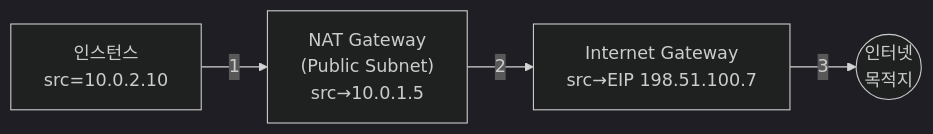
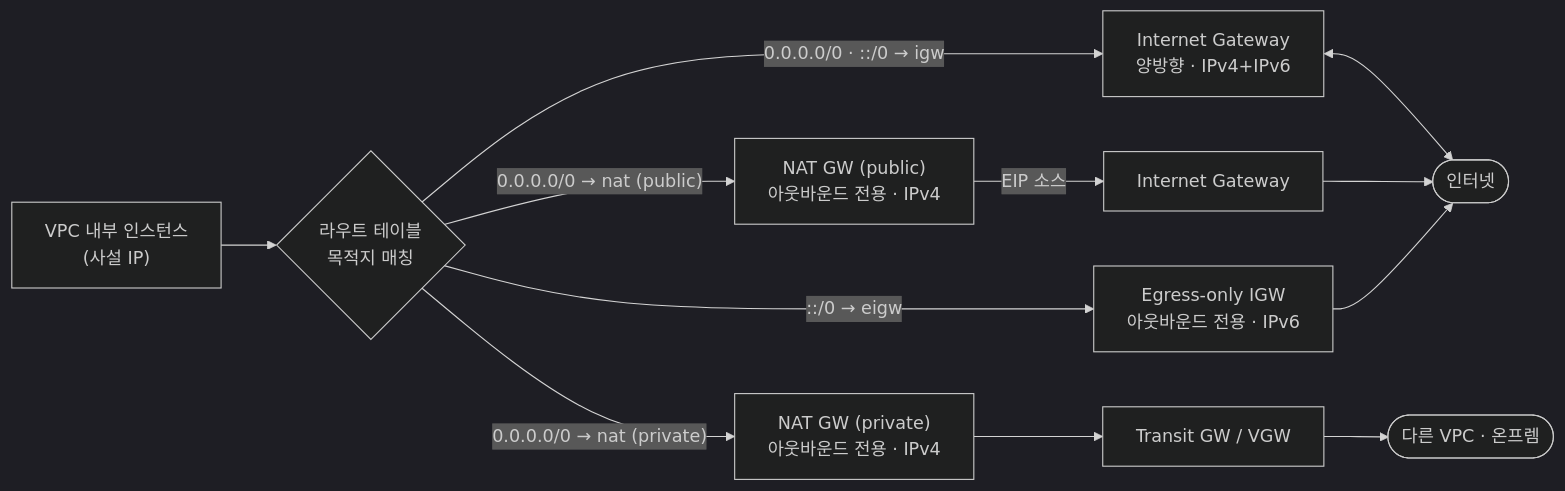
The first of 4 diagrams in _posts/2026-06-28-aws-vpc-2.md (hongjeZZ/hongjeZZ.github.io), drawn with Mermaid (dark theme) before and after one commit. The commit also changed other lines of this file, not shown here.

First line of the commit message:
refactor(post): AWS VPC 2편 난이도 계단 적용 (§2.5) (#20)

````diff
--- a/_posts/2026-06-28-aws-vpc-2.md
+++ b/_posts/2026-06-28-aws-vpc-2.md
@@ -150,6 +51,14 @@
 ```mermaid
 flowchart LR
-    I["인스턴스<br/>src=10.0.2.10"] -->|1| N["NAT Gateway<br/>(Public Subnet)<br/>src→10.0.1.5"]
-    N -->|2| G["Internet Gateway<br/>src→EIP 198.51.100.7"]
-    G -->|3| D(("인터넷<br/>목적지"))
+    INST["VPC 내부 인스턴스<br/>(사설 IP)"] --> RT{"라우트 테이블<br/>목적지 매칭"}
+
+    RT -->|"0.0.0.0/0 · ::/0 → igw"| IGW["Internet Gateway<br/>양방향 · IPv4+IPv6"]
+    RT -->|"0.0.0.0/0 → nat (public)"| NATPUB["NAT GW (public)<br/>아웃바운드 전용 · IPv4"]
+    RT -->|"0.0.0.0/0 → nat (private)"| NATPRV["NAT GW (private)<br/>아웃바운드 전용 · IPv4"]
+    RT -->|"::/0 → eigw"| EIGW["Egress-only IGW<br/>아웃바운드 전용 · IPv6"]
+
+    IGW <--> NET(["인터넷"])
+    NATPUB -->|"EIP 소스"| IGW2["Internet Gateway"] --> NET
+    NATPRV --> TGW["Transit GW / VGW"] --> ONP(["다른 VPC · 온프렘"])
+    EIGW --> NET
 ```
````
